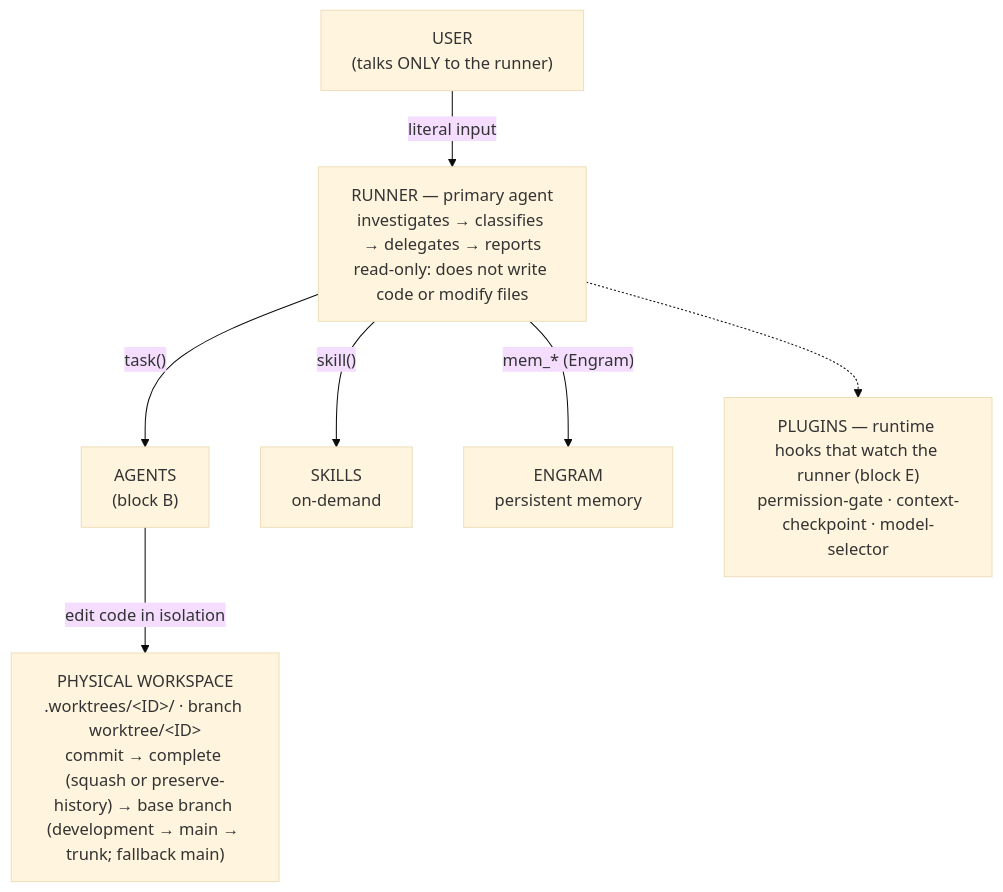
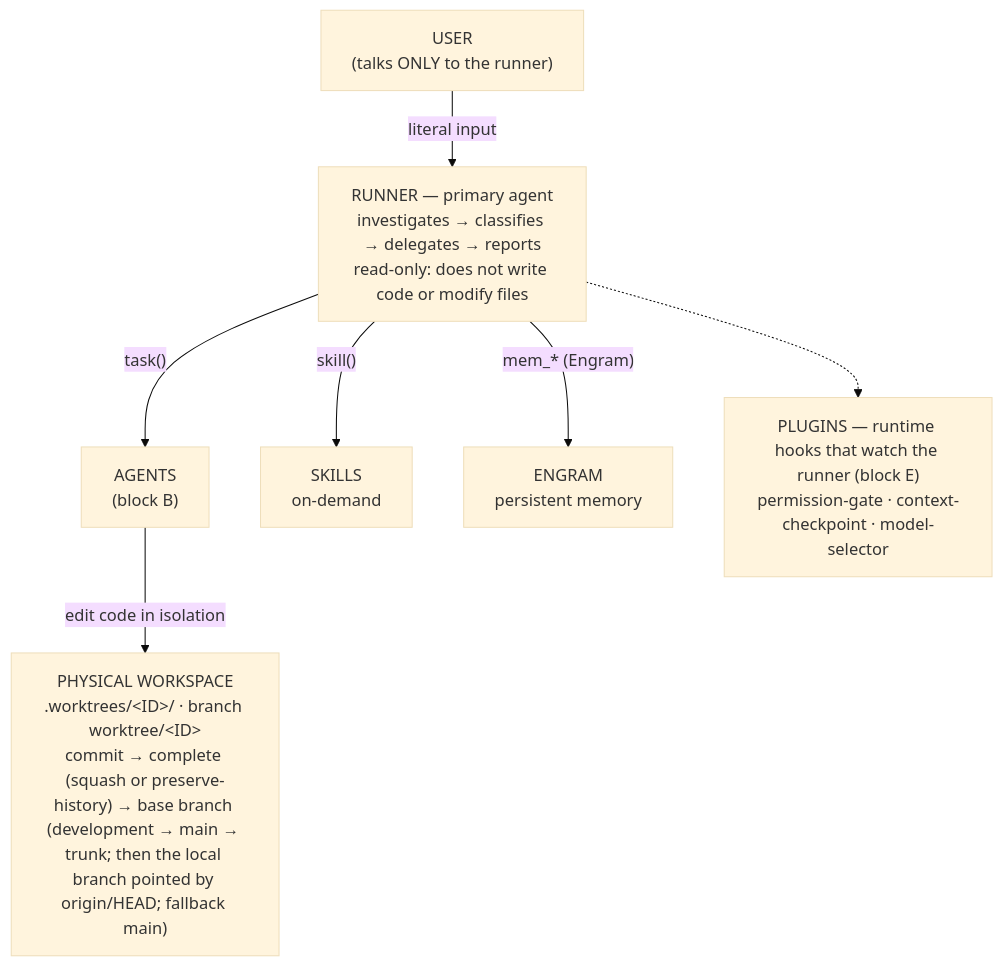
One commit to Saez520/flowtask changed the diagram in docs/core-flowtask.md. Above: the diagram before and after it, drawn with Mermaid (base theme). The commit also changed other lines of this file and 1 other file, not shown here.

First line of the commit message:
docs(architecture,core-flowtask): reflect origin/HEAD step in base branch detection [hotfix/HF-base-branch-detection]

````diff
--- a/docs/core-flowtask.md
+++ b/docs/core-flowtask.md
@@ -82,16 +82,16 @@
 ```mermaid
 flowchart TB
     U["USER<br/>(talks ONLY to the runner)"]
     R["RUNNER — primary agent<br/>investigates → classifies → delegates → reports<br/>read-only: does not write code or modify files"]
 
     U -- "literal input" --> R
 
     R -- "task()" --> A["AGENTS<br/>(block B)"]
     R -- "skill()" --> S["SKILLS<br/>on-demand"]
     R -- "mem_* (Engram)" --> E["ENGRAM<br/>persistent memory"]
 
-    A -- "edit code in isolation" --> W["PHYSICAL WORKSPACE<br/>.worktrees/&lt;ID&gt;/ · branch worktree/&lt;ID&gt;<br/>commit → complete (squash or preserve-history) → base branch (development → main → trunk; fallback main)"]
+    A -- "edit code in isolation" --> W["PHYSICAL WORKSPACE<br/>.worktrees/&lt;ID&gt;/ · branch worktree/&lt;ID&gt;<br/>commit → complete (squash or preserve-history) → base branch (development → main → trunk; then the local branch pointed by origin/HEAD; fallback main)"]
 
     P["PLUGINS — runtime hooks that watch the runner (block E)<br/>permission-gate · context-checkpoint · model-selector"]
     R -.-> P
 ```
````
